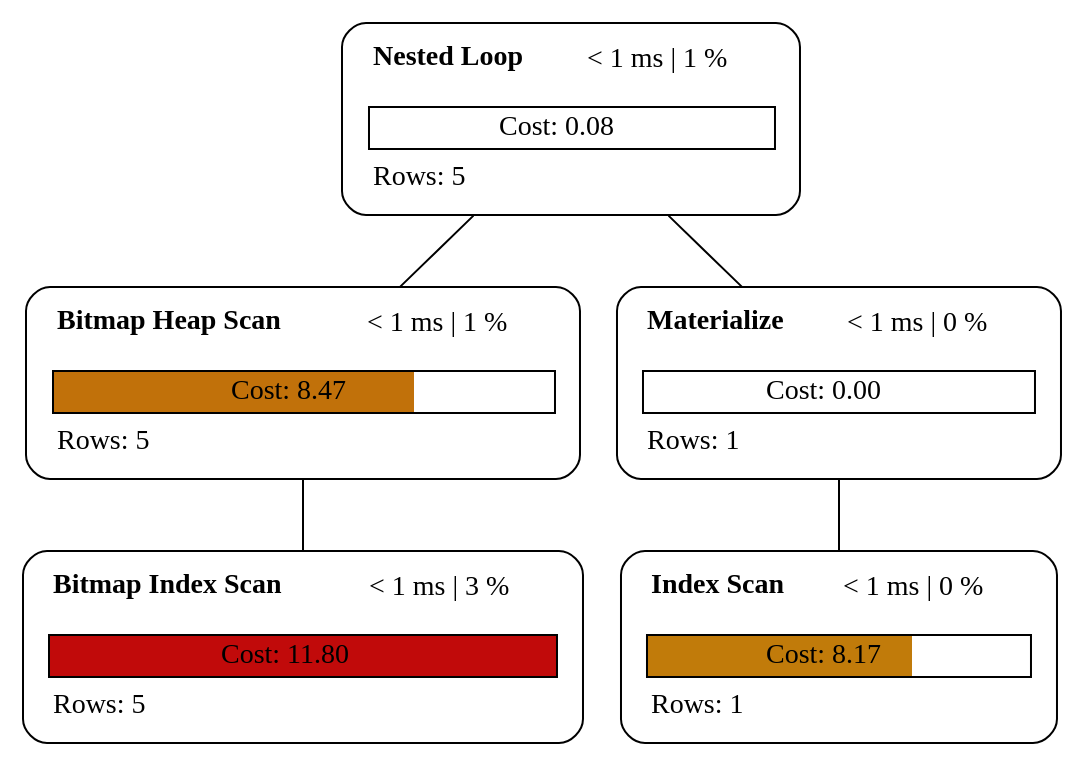
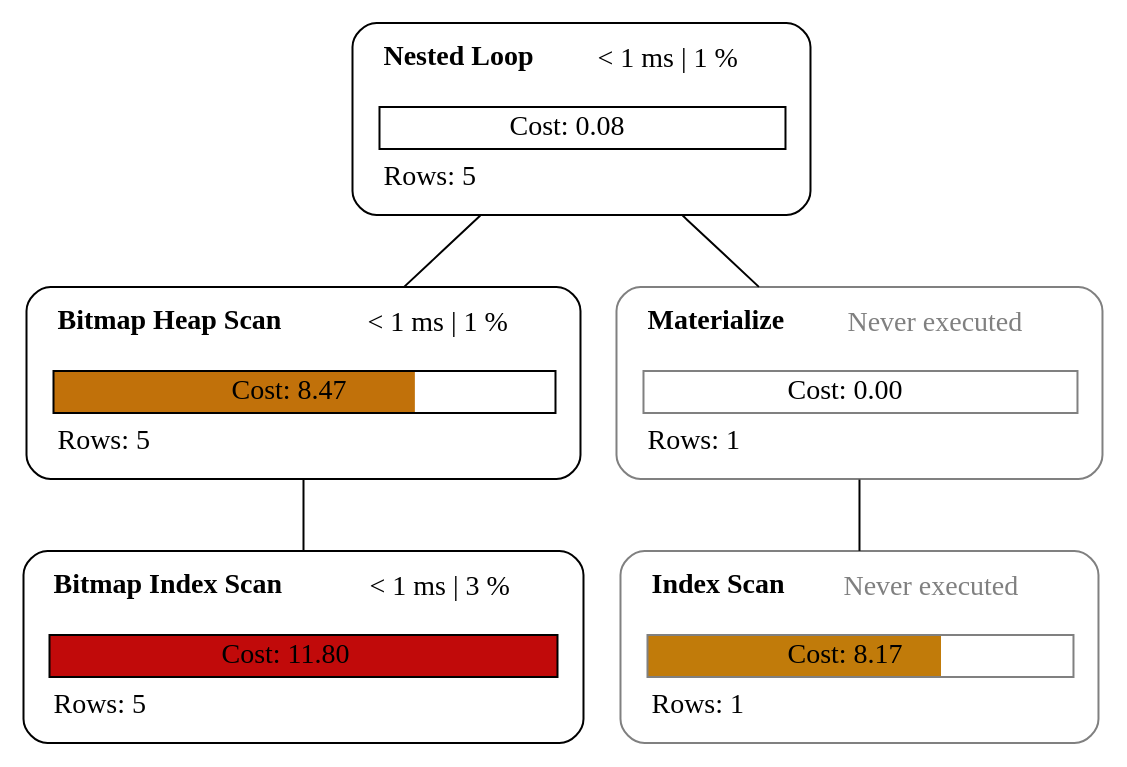
One commit to sanpii/explain changed the diagram in examples/plan_1.dot. Above: the diagram before and after it, drawn with Graphviz. The commit also changed 3 other files, not shown here.

```diff
--- a/examples/plan_1.dot
+++ b/examples/plan_1.dot
@@ -1,11 +1,11 @@
 graph explain {
     node0[label=<<table border="0" cellborder="0" cellspacing="5"><tr><td align="left"><b>Nested Loop</b></td><td>&lt; 1 ms | 1 %</td></tr><tr><td colspan="2" align="left"></td></tr><tr><td colspan="2" border="1" >Cost: 0.08</td></tr><tr><td colspan="2" align="left">Rows: 5</td></tr></table>>][style="rounded"][shape="box"];
     node1[label=<<table border="0" cellborder="0" cellspacing="5"><tr><td align="left"><b>Bitmap Heap Scan</b></td><td>&lt; 1 ms | 1 %</td></tr><tr><td colspan="2" align="left"></td></tr><tr><td colspan="2" border="1" bgcolor="#c1710a;0.72:white">Cost: 8.47</td></tr><tr><td colspan="2" align="left">Rows: 5</td></tr></table>>][style="rounded"][shape="box"];
     node2[label=<<table border="0" cellborder="0" cellspacing="5"><tr><td align="left"><b>Bitmap Index Scan</b></td><td>&lt; 1 ms | 3 %</td></tr><tr><td colspan="2" align="left"></td></tr><tr><td colspan="2" border="1" bgcolor="#c10a0a">Cost: 11.80</td></tr><tr><td colspan="2" align="left">Rows: 5</td></tr></table>>][style="rounded"][shape="box"];
-    node3[label=<<table border="0" cellborder="0" cellspacing="5"><tr><td align="left"><b>Materialize</b></td><td>&lt; 1 ms | 0 %</td></tr><tr><td colspan="2" align="left"></td></tr><tr><td colspan="2" border="1" >Cost: 0.00</td></tr><tr><td colspan="2" align="left">Rows: 1</td></tr></table>>][style="rounded"][shape="box"];
-    node4[label=<<table border="0" cellborder="0" cellspacing="5"><tr><td align="left"><b>Index Scan</b></td><td>&lt; 1 ms | 0 %</td></tr><tr><td colspan="2" align="left"></td></tr><tr><td colspan="2" border="1" bgcolor="#c17b0a;0.69:white">Cost: 8.17</td></tr><tr><td colspan="2" align="left">Rows: 1</td></tr></table>>][style="rounded"][shape="box"];
+    node3[label=<<table border="0" cellborder="0" cellspacing="5"><tr><td align="left"><b>Materialize</b></td><td><font color="gray">Never executed</font></td></tr><tr><td colspan="2" align="left"></td></tr><tr><td colspan="2" border="1" >Cost: 0.00</td></tr><tr><td colspan="2" align="left">Rows: 1</td></tr></table>>][style="rounded"][color="gray"][shape="box"];
+    node4[label=<<table border="0" cellborder="0" cellspacing="5"><tr><td align="left"><b>Index Scan</b></td><td><font color="gray">Never executed</font></td></tr><tr><td colspan="2" align="left"></td></tr><tr><td colspan="2" border="1" bgcolor="#c17b0a;0.69:white">Cost: 8.17</td></tr><tr><td colspan="2" align="left">Rows: 1</td></tr></table>>][style="rounded"][color="gray"][shape="box"];
     node0 -- node1[label=""];
     node1 -- node2[label=""];
     node0 -- node3[label=""];
     node3 -- node4[label=""];
 }
```
